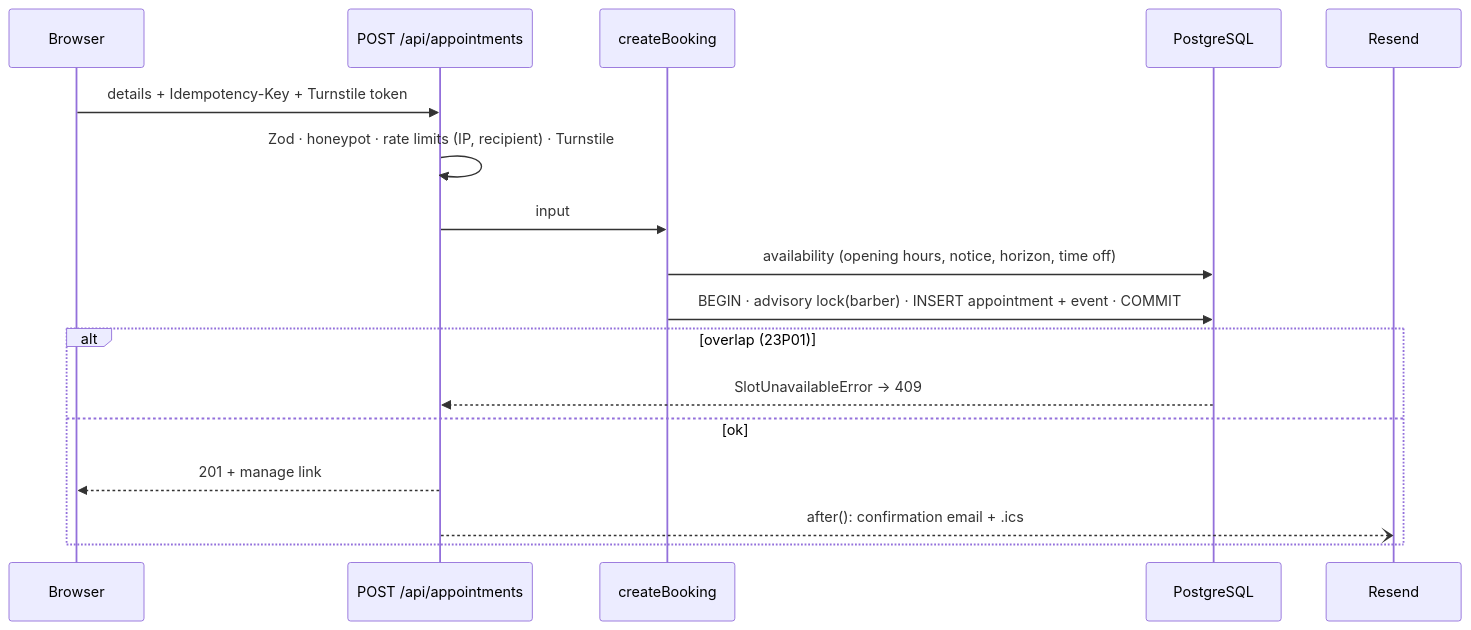
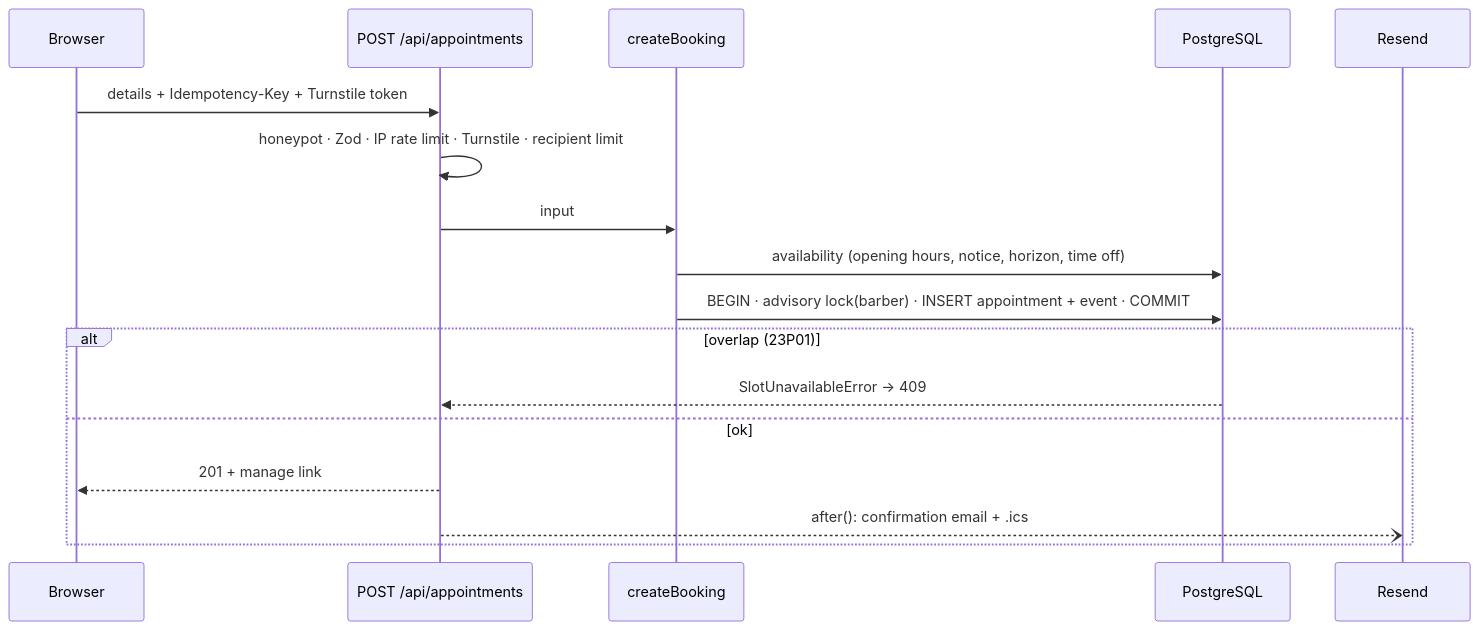
One commit to alexestepagallego/barber-booking changed the second of 2 diagrams in docs/architecture.md. Above: the diagram before and after it, drawn with Mermaid. The commit also changed other lines of this file and 22 other files, not shown here.

````diff
--- a/docs/architecture.md
+++ b/docs/architecture.md
@@ -51,20 +51,20 @@
 ```mermaid
 sequenceDiagram
     participant B as Browser
     participant API as POST /api/appointments
     participant D as createBooking
     participant DB as PostgreSQL
     participant M as Resend
 
     B->>API: details + Idempotency-Key + Turnstile token
-    API->>API: Zod · honeypot · rate limits (IP, recipient) · Turnstile
+    API->>API: honeypot · Zod · IP rate limit · Turnstile · recipient limit
     API->>D: input
     D->>DB: availability (opening hours, notice, horizon, time off)
     D->>DB: BEGIN · advisory lock(barber) · INSERT appointment + event · COMMIT
     alt overlap (23P01)
         DB-->>API: SlotUnavailableError → 409
     else ok
         API-->>B: 201 + manage link
         API--)M: after(): confirmation email + .ics
     end
 ```
````
